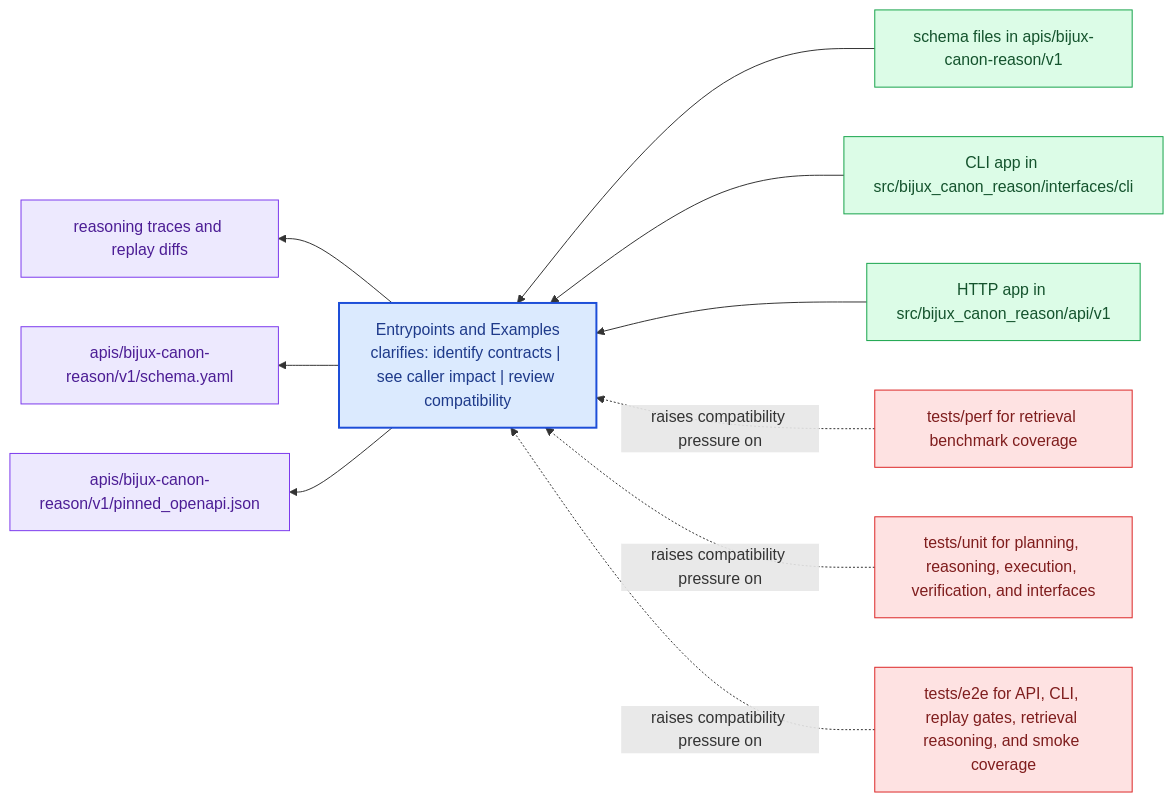
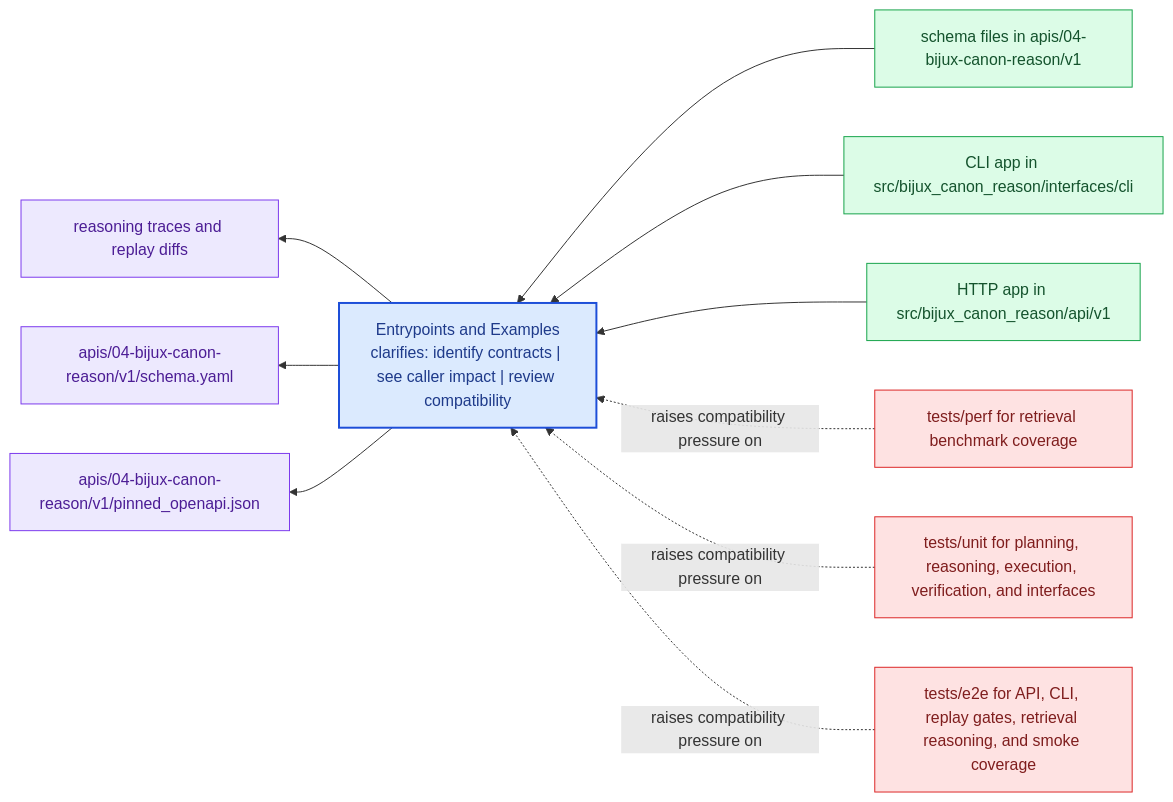
One commit to bijux/bijux-canon changed the diagram in docs/04-bijux-canon-reason/interfaces/entrypoints-and-examples.md. Above: the diagram before and after it, drawn with Mermaid. The commit also changed other lines of this file and 167 other files, not shown here.

````diff
--- a/docs/04-bijux-canon-reason/interfaces/entrypoints-and-examples.md
+++ b/docs/04-bijux-canon-reason/interfaces/entrypoints-and-examples.md
@@ -22,31 +22,31 @@
 ```mermaid
 flowchart RL
     page["Entrypoints and Examples<br/>clarifies: identify contracts | see caller impact | review compatibility"]
     classDef page fill:#dbeafe,stroke:#1d4ed8,color:#1e3a8a,stroke-width:2px;
     classDef positive fill:#dcfce7,stroke:#16a34a,color:#14532d;
     classDef caution fill:#fee2e2,stroke:#dc2626,color:#7f1d1d;
     classDef anchor fill:#ede9fe,stroke:#7c3aed,color:#4c1d95;
     classDef action fill:#fef3c7,stroke:#d97706,color:#7c2d12;
-    surface1["schema files in apis/bijux-canon-reason/v1"]
+    surface1["schema files in apis/04-bijux-canon-reason/v1"]
     surface1 --> page
     surface2["CLI app in src/bijux_canon_reason/interfaces/cli"]
     surface2 --> page
     surface3["HTTP app in src/bijux_canon_reason/api/v1"]
     surface3 --> page
     proof1["reasoning traces and replay diffs"]
     page --> proof1
-    proof2["apis/bijux-canon-reason/v1/schema.yaml"]
+    proof2["apis/04-bijux-canon-reason/v1/schema.yaml"]
     page --> proof2
-    proof3["apis/bijux-canon-reason/v1/pinned_openapi.json"]
+    proof3["apis/04-bijux-canon-reason/v1/pinned_openapi.json"]
     page --> proof3
     review1["tests/perf for retrieval benchmark coverage"]
     review1 -.raises compatibility pressure on.-> page
     review2["tests/unit for planning, reasoning, execution, verification, and interfaces"]
     review2 -.raises compatibility pressure on.-> page
     review3["tests/e2e for API, CLI, replay gates, retrieval reasoning, and smoke coverage"]
     review3 -.raises compatibility pressure on.-> page
     class page page;
     class surface1,surface2,surface3 positive;
     class proof1,proof2,proof3 anchor;
     class review1,review2,review3 caution;
 ```
````
